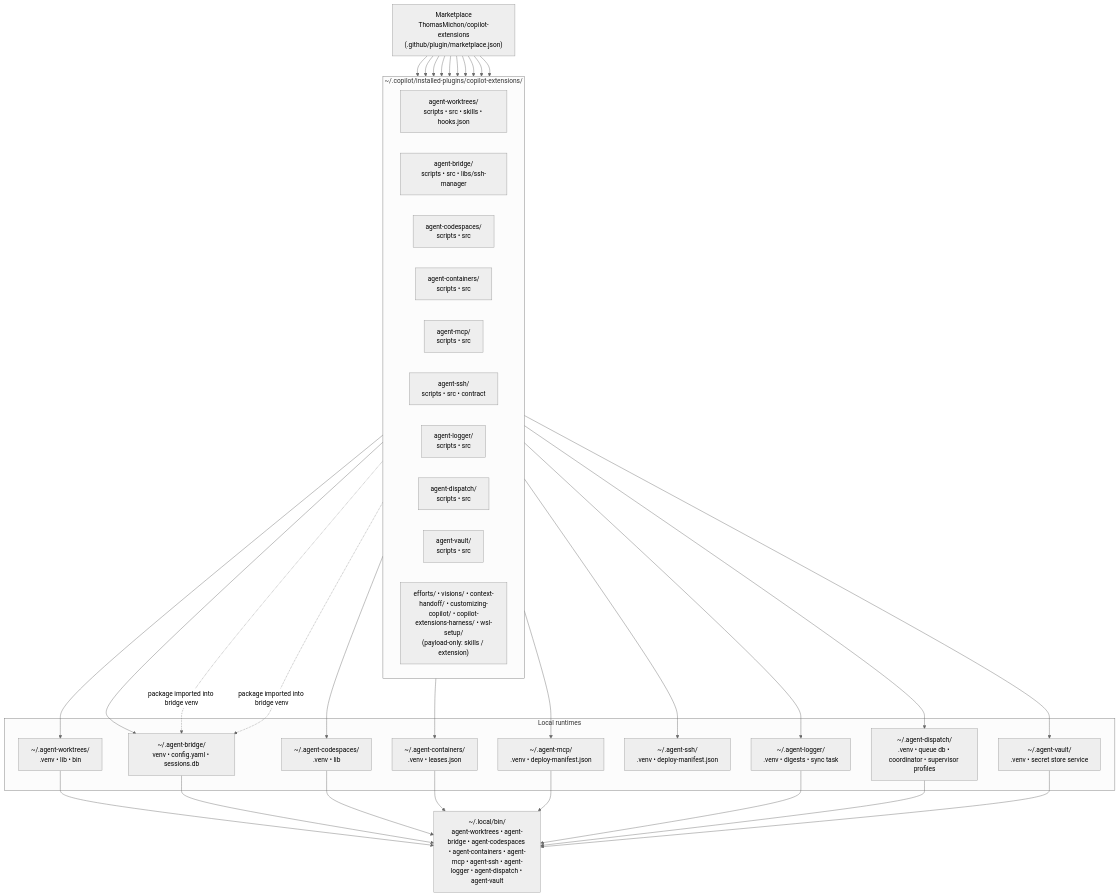
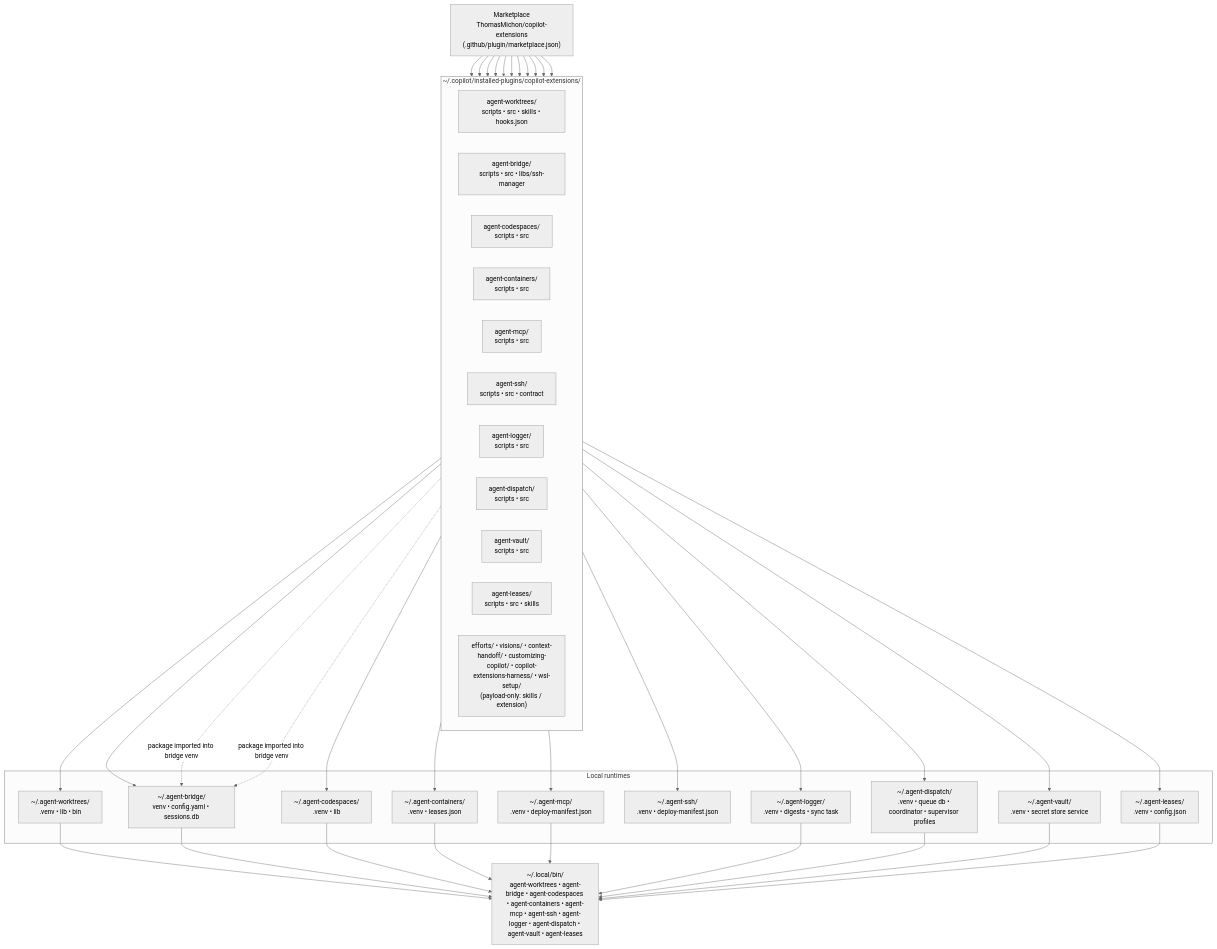
One commit to ThomasMichon/copilot-extensions changed the first of 4 diagrams in docs/architecture.md. Above: the diagram before and after it, drawn with Mermaid (neutral theme). The commit also changed other lines of this file and 24 other files, not shown here.

````diff
--- a/docs/architecture.md
+++ b/docs/architecture.md
@@ -58,49 +59,53 @@
 ```mermaid
 flowchart TB
     MP["Marketplace<br/>ThomasMichon/copilot-extensions<br/>(.github/plugin/marketplace.json)"]
     subgraph IP["~/.copilot/installed-plugins/copilot-extensions/"]
       direction LR
       AW["agent-worktrees/<br/>scripts • src • skills • hooks.json"]
       AB["agent-bridge/<br/>scripts • src • libs/ssh-manager"]
       AC["agent-codespaces/<br/>scripts • src"]
       AN["agent-containers/<br/>scripts • src"]
       AM["agent-mcp/<br/>scripts • src"]
       AS["agent-ssh/<br/>scripts • src • contract"]
       AL["agent-logger/<br/>scripts • src"]
       AD["agent-dispatch/<br/>scripts • src"]
       AV["agent-vault/<br/>scripts • src"]
+      AX["agent-leases/<br/>scripts • src • skills"]
       PO["efforts/ • visions/ • context-handoff/ • customizing-copilot/ • copilot-extensions-harness/ • wsl-setup/<br/>(payload-only: skills / extension)"]
     end
     subgraph RT["Local runtimes"]
       RW["~/.agent-worktrees/<br/>.venv • lib • bin"]
       RB["~/.agent-bridge/<br/>venv • config.yaml • sessions.db"]
       RC["~/.agent-codespaces/<br/>.venv • lib"]
       RN["~/.agent-containers/<br/>.venv • leases.json"]
       RM["~/.agent-mcp/<br/>.venv • deploy-manifest.json"]
       RS["~/.agent-ssh/<br/>.venv • deploy-manifest.json"]
       RL["~/.agent-logger/<br/>.venv • digests • sync task"]
       RD["~/.agent-dispatch/<br/>.venv • queue db • coordinator • supervisor profiles"]
       RV["~/.agent-vault/<br/>.venv • secret store service"]
+      RX["~/.agent-leases/<br/>.venv • config.json"]
     end
-    BIN["~/.local/bin/<br/>agent-worktrees • agent-bridge • agent-codespaces • agent-containers • agent-mcp • agent-ssh • agent-logger • agent-dispatch • agent-vault"]
+    BIN["~/.local/bin/<br/>agent-worktrees • agent-bridge • agent-codespaces • agent-containers • agent-mcp • agent-ssh • agent-logger • agent-dispatch • agent-vault • agent-leases"]
     MP --> AW --> RW
     MP --> AB --> RB
     MP --> AC --> RC
     MP --> AN --> RN
     MP --> AM --> RM
     MP --> AS --> RS
     MP --> AL --> RL
     MP --> AD --> RD
     MP --> AV --> RV
+    MP --> AX --> RX
     MP --> PO
     RW --> BIN
     RB --> BIN
     RC --> BIN
     RN --> BIN
     RM --> BIN
     RL --> BIN
     RD --> BIN
     RV --> BIN
+    RX --> BIN
     AC -.->|package imported into bridge venv| RB
     AN -.->|package imported into bridge venv| RB
 ```
````
